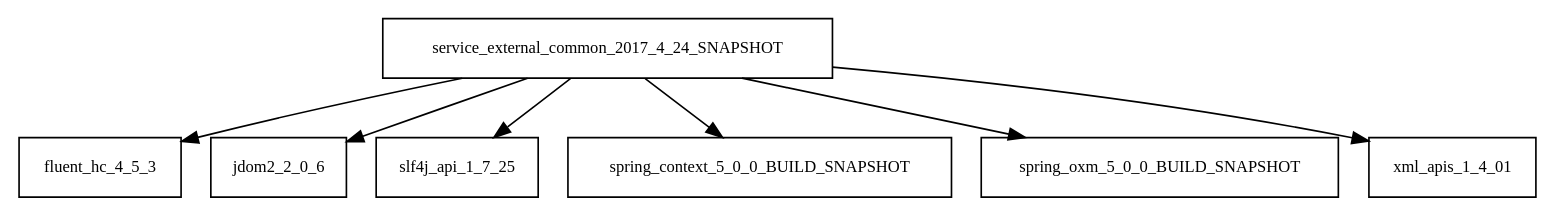
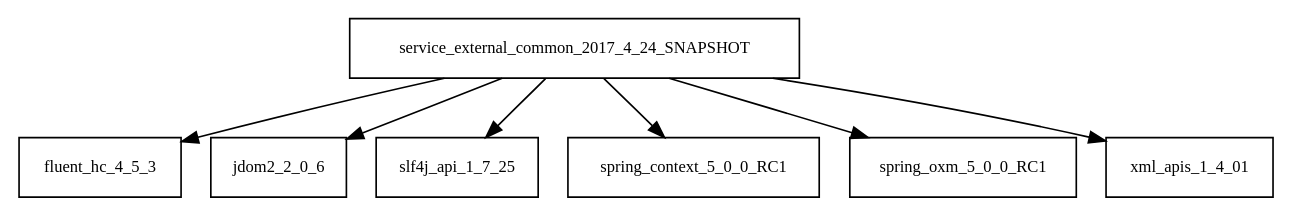
One commit to AglaianWoman/cia changed the diagram in tattleTaleReport/graphviz/service.external.common-2017.4.24-SNAPSHOT.jar/service.external.common-2017.4.24-SNAPSHOT.jar.dot. Above: the diagram before and after it, drawn with Graphviz. The commit also changed 1892 other files, not shown here.

```diff
--- a/tattleTaleReport/graphviz/service.external.common-2017.4.24-SNAPSHOT.jar/service.external.common-2017.4.24-SNAPSHOT.jar.dot
+++ b/tattleTaleReport/graphviz/service.external.common-2017.4.24-SNAPSHOT.jar/service.external.common-2017.4.24-SNAPSHOT.jar.dot
@@ -1,9 +1,9 @@
 digraph service_external_common_2017_4_24_SNAPSHOT_dependencies {
   node [shape = box, fontsize=10.0];
   service_external_common_2017_4_24_SNAPSHOT -> fluent_hc_4_5_3;
   service_external_common_2017_4_24_SNAPSHOT -> jdom2_2_0_6;
   service_external_common_2017_4_24_SNAPSHOT -> slf4j_api_1_7_25;
-  service_external_common_2017_4_24_SNAPSHOT -> spring_context_5_0_0_BUILD_SNAPSHOT;
-  service_external_common_2017_4_24_SNAPSHOT -> spring_oxm_5_0_0_BUILD_SNAPSHOT;
+  service_external_common_2017_4_24_SNAPSHOT -> spring_context_5_0_0_RC1;
+  service_external_common_2017_4_24_SNAPSHOT -> spring_oxm_5_0_0_RC1;
   service_external_common_2017_4_24_SNAPSHOT -> xml_apis_1_4_01;
 }
```
